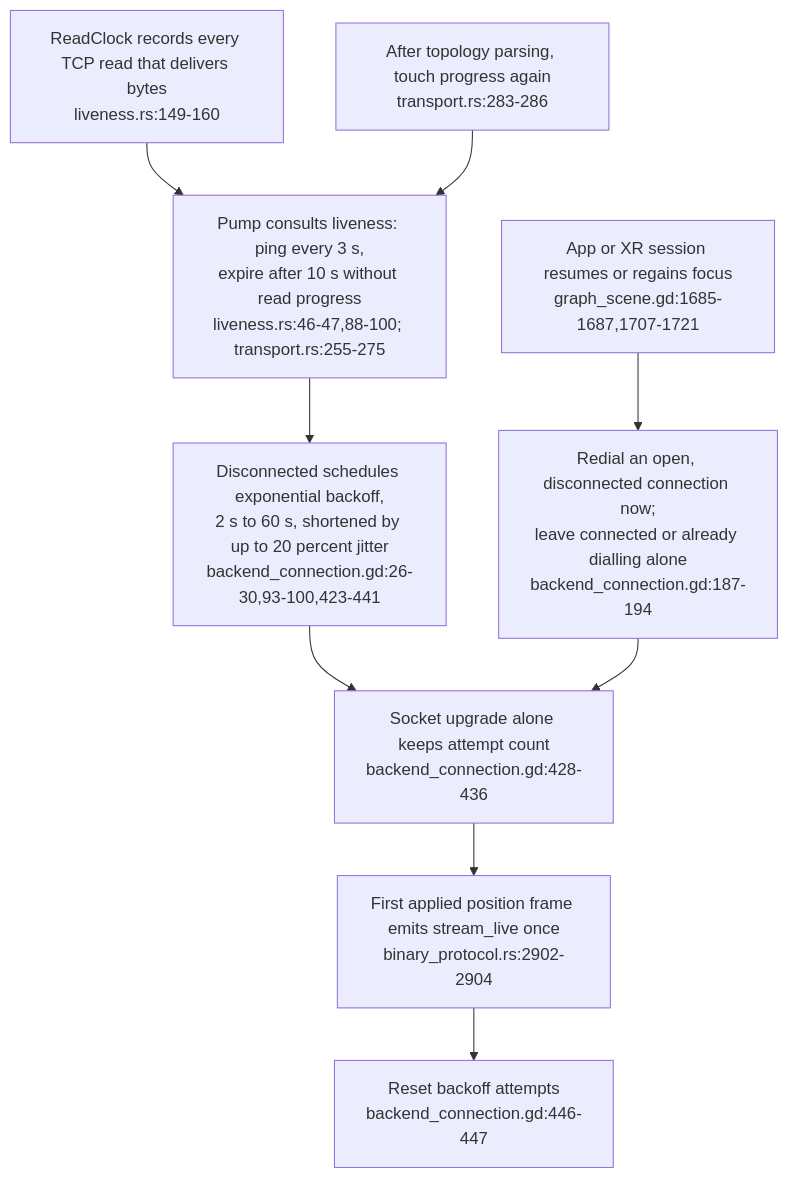
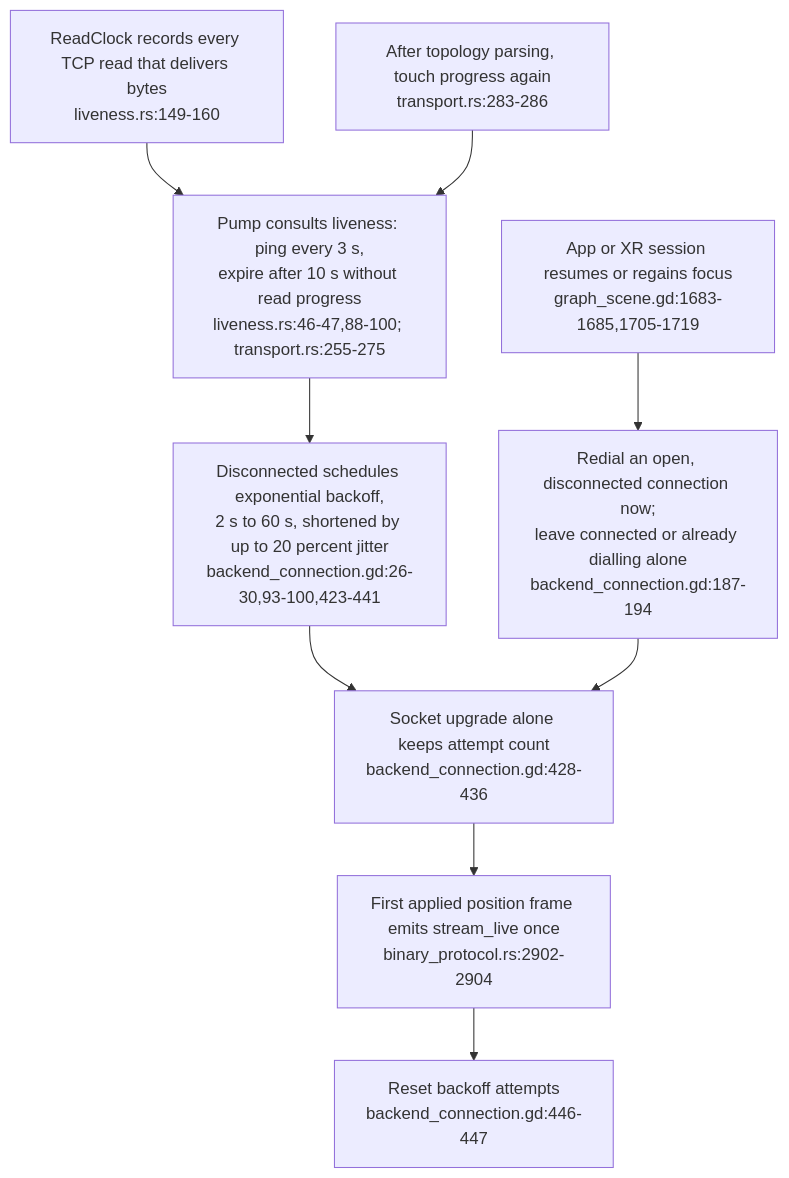
Before and after one commit to DreamLab-AI/VisionFlow: the fourth of 4 diagrams in docs/diagrams/visionclaw/44-xr-concurrent-backend-connections.md, drawn with Mermaid. The commit also changed other lines of this file and 7 other files, not shown here.

First line of the commit message:
diagrams(visionclaw): re-verify VC-43..VC-50 at visionclaw 4900ec6

````diff
--- a/docs/diagrams/visionclaw/44-xr-concurrent-backend-connections.md
+++ b/docs/diagrams/visionclaw/44-xr-concurrent-backend-connections.md
@@ -85,11 +85,11 @@
 ```mermaid
 flowchart TD
     READ["ReadClock records every TCP read that delivers bytes<br/>liveness.rs:149-160"] --> CLOCK["Pump consults liveness: ping every 3 s,<br/>expire after 10 s without read progress<br/>liveness.rs:46-47,88-100; transport.rs:255-275"]
     PARSE["After topology parsing, touch progress again<br/>transport.rs:283-286"] --> CLOCK
     CLOCK --> DOWN["Disconnected schedules exponential backoff,<br/>2 s to 60 s, shortened by up to 20 percent jitter<br/>backend_connection.gd:26-30,93-100,423-441"]
     DOWN --> UPGRADE["Socket upgrade alone keeps attempt count<br/>backend_connection.gd:428-436"]
     UPGRADE --> FRAME["First applied position frame emits stream_live once<br/>binary_protocol.rs:2902-2904"]
     FRAME --> RESET["Reset backoff attempts<br/>backend_connection.gd:446-447"]
-    RESUME["App or XR session resumes or regains focus<br/>graph_scene.gd:1685-1687,1707-1721"] --> DIAL["Redial an open, disconnected connection now;<br/>leave connected or already dialling alone<br/>backend_connection.gd:187-194"]
+    RESUME["App or XR session resumes or regains focus<br/>graph_scene.gd:1683-1685,1705-1719"] --> DIAL["Redial an open, disconnected connection now;<br/>leave connected or already dialling alone<br/>backend_connection.gd:187-194"]
     DIAL --> UPGRADE
 ```
````
